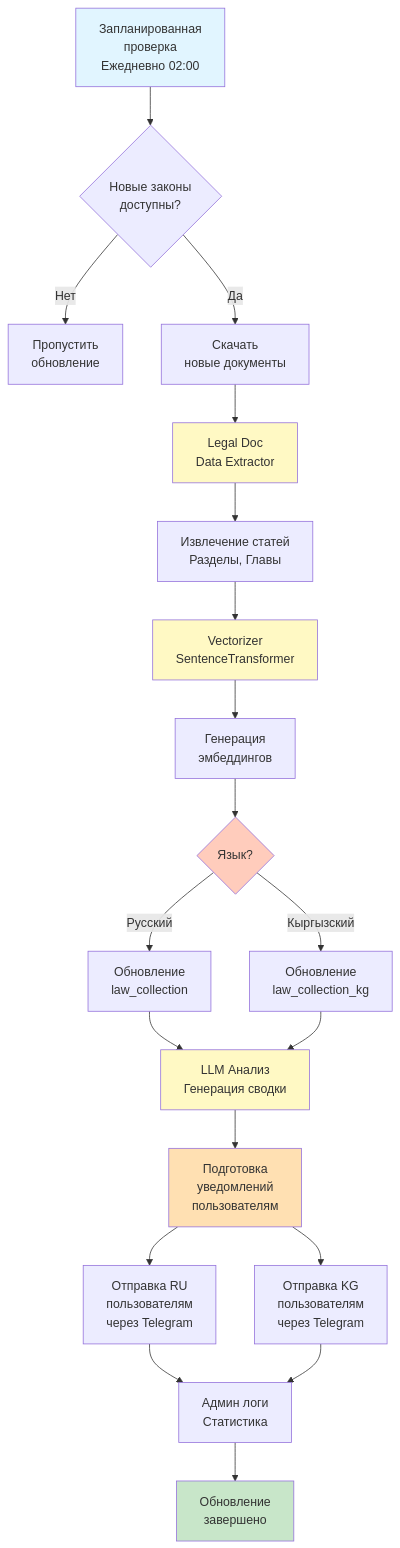
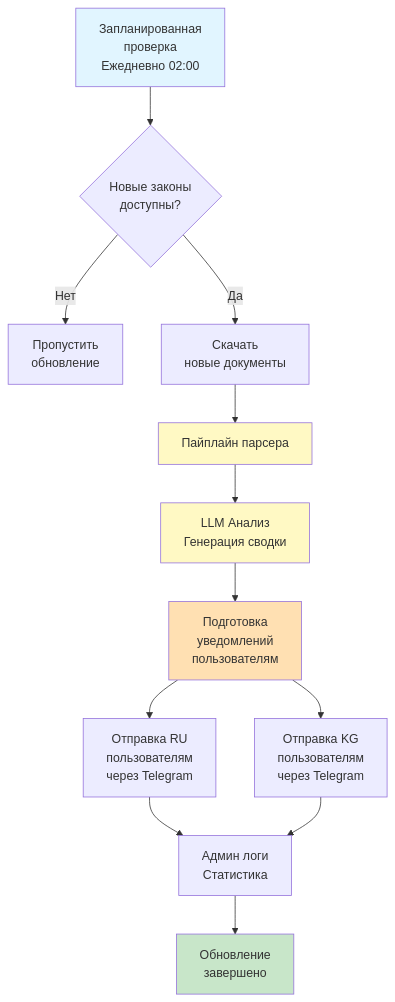
One commit to Hanbiike/law-rag-system changed the fourth of 5 diagrams in README.ru.md. Above: the diagram before and after it, drawn with Mermaid. The commit also changed other lines of this file and 1 other file, not shown here.

````diff
--- a/README.ru.md
+++ b/README.ru.md
@@ -492,41 +492,28 @@
 ```mermaid
 flowchart TD
     A[Запланированная<br/>проверка<br/>Ежедневно 02:00] --> B{Новые законы<br/>доступны?}
     
     B -->|Нет| C[Пропустить<br/>обновление]
     B -->|Да| D[Скачать<br/>новые документы]
     
-    D --> E[Legal Doc<br/>Data Extractor]
+    D --> E[Пайплайн парсера]
     
-    E --> F[Извлечение статей<br/>Разделы, Главы]
     
-    F --> G[Vectorizer<br/>SentenceTransformer]
-    
-    G --> H[Генерация<br/>эмбеддингов]
-    
-    H --> I{Язык?}
-    
-    I -->|Русский| J1[Обновление<br/>law_collection]
-    I -->|Кыргызский| J2[Обновление<br/>law_collection_kg]
-    
-    J1 --> K[LLM Анализ<br/>Генерация сводки]
-    J2 --> K
+    E --> K[LLM Анализ<br/>Генерация сводки]
     
     K --> L[Подготовка<br/>уведомлений<br/>пользователям]
     
     L --> M1[Отправка RU<br/>пользователям<br/>через Telegram]
     L --> M2[Отправка KG<br/>пользователям<br/>через Telegram]
     
     M1 --> N[Админ логи<br/>Статистика]
     M2 --> N
     
     N --> O[Обновление<br/>завершено]
     
     style A fill:#e1f5ff
     style O fill:#c8e6c9
     style E fill:#fff9c4
-    style G fill:#fff9c4
     style K fill:#fff9c4
-    style I fill:#ffccbc
     style L fill:#ffe0b2
 ```
````
